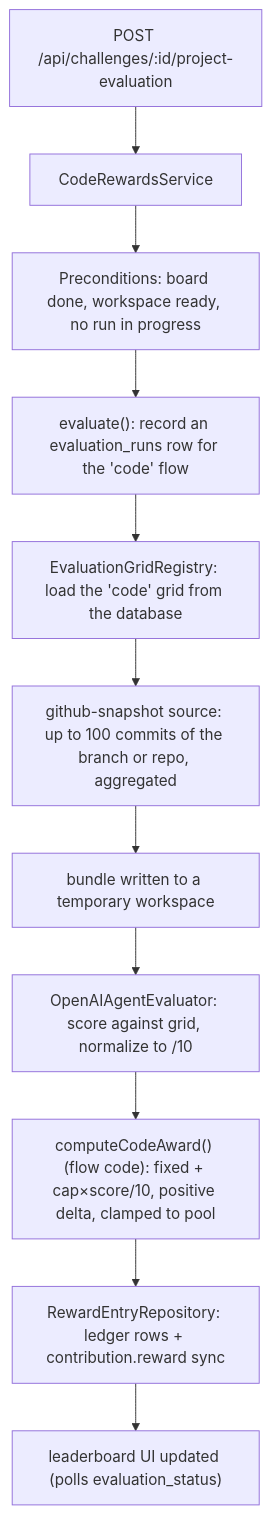
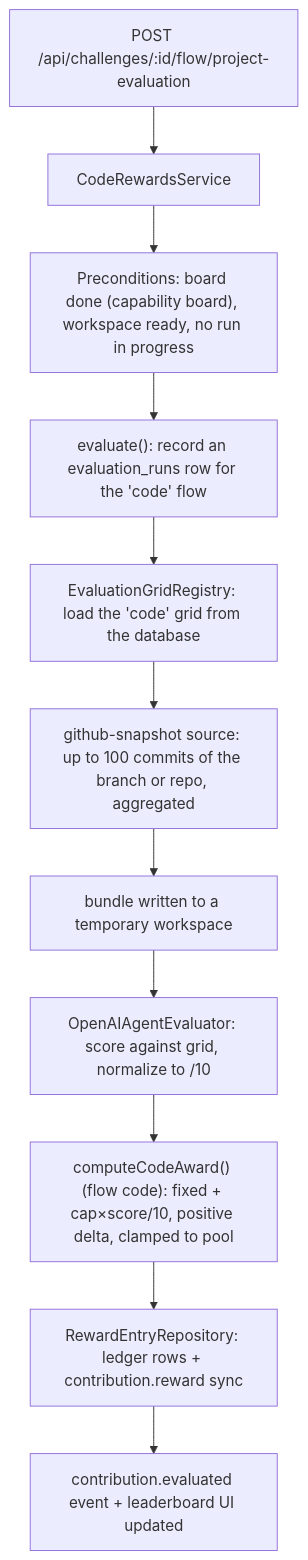
The second of 4 diagrams in docs/architecture.md (MyTwin-Lab/leaderboard), drawn with Mermaid before and after one commit. The commit also changed other lines of this file and 24 other files, not shown here.

````diff
--- a/docs/architecture.md
+++ b/docs/architecture.md
@@ -52,13 +103,13 @@
 ```mermaid
 flowchart TD
-  A["POST /api/challenges/:id/project-evaluation"] --> B["CodeRewardsService"]
-  B --> C["Preconditions: board done, workspace ready, no run in progress"]
+  A["POST /api/challenges/:id/flow/project-evaluation"] --> B["CodeRewardsService"]
+  B --> C["Preconditions: board done (capability board), workspace ready, no run in progress"]
   C --> D["evaluate(): record an evaluation_runs row for the 'code' flow"]
   D --> E["EvaluationGridRegistry: load the 'code' grid from the database"]
   E --> F["github-snapshot source: up to 100 commits of the branch or repo, aggregated"]
   F --> G["bundle written to a temporary workspace"]
   G --> H["OpenAIAgentEvaluator: score against grid, normalize to /10"]
   H --> I["computeCodeAward() (flow code): fixed + cap×score/10, positive delta, clamped to pool"]
   I --> J["RewardEntryRepository: ledger rows + contribution.reward sync"]
-  J --> K["leaderboard UI updated (polls evaluation_status)"]
+  J --> K["contribution.evaluated event + leaderboard UI updated"]
 ```
````
